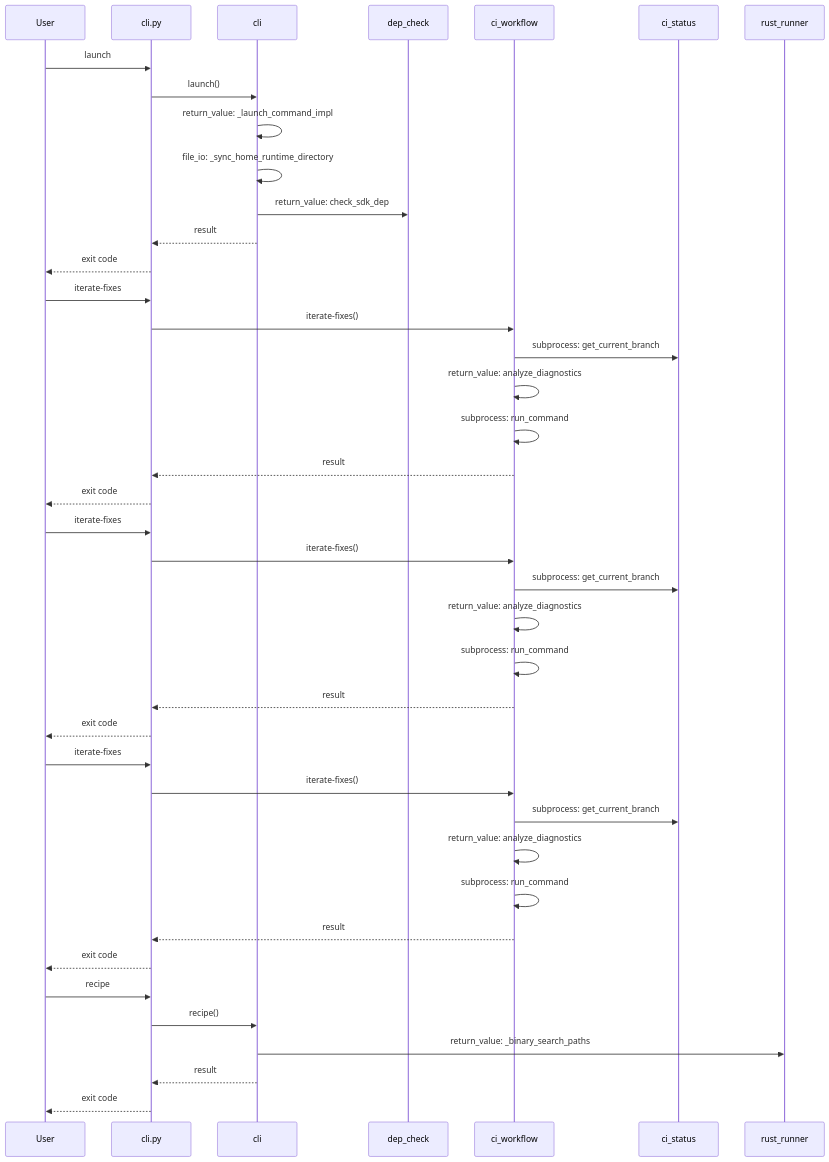
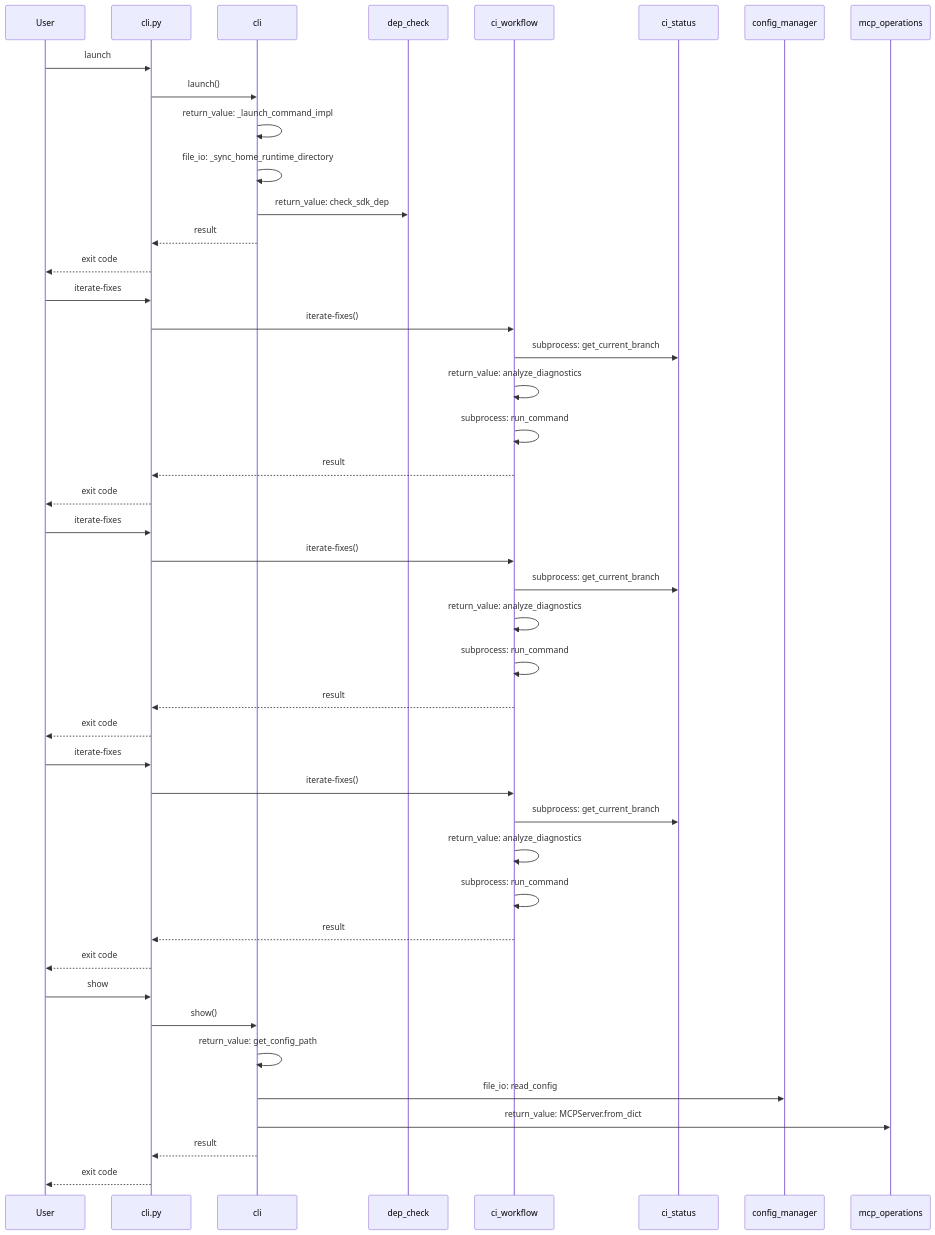
One commit to rysweet/amplihack changed the diagram in docs/atlas/user-journeys/user-journeys.mmd. Above: the diagram before and after it, drawn with Mermaid. The commit also changed 26 other files, not shown here.

```diff
--- a/docs/atlas/user-journeys/user-journeys.mmd
+++ b/docs/atlas/user-journeys/user-journeys.mmd
@@ -1,45 +1,48 @@
 sequenceDiagram
     participant User
     participant CLI as cli.py
     participant cli
     User->>CLI: launch
     CLI->>cli: launch()
     cli->>cli: return_value: _launch_command_impl
     cli->>cli: file_io: _sync_home_runtime_directory
     participant dep_check
     cli->>dep_check: return_value: check_sdk_dep
     cli-->>CLI: result
     CLI-->>User: exit code
 
     participant ci_workflow
     User->>CLI: iterate-fixes
     CLI->>ci_workflow: iterate-fixes()
     participant ci_status
     ci_workflow->>ci_status: subprocess: get_current_branch
     ci_workflow->>ci_workflow: return_value: analyze_diagnostics
     ci_workflow->>ci_workflow: subprocess: run_command
     ci_workflow-->>CLI: result
     CLI-->>User: exit code
 
     User->>CLI: iterate-fixes
     CLI->>ci_workflow: iterate-fixes()
     ci_workflow->>ci_status: subprocess: get_current_branch
     ci_workflow->>ci_workflow: return_value: analyze_diagnostics
     ci_workflow->>ci_workflow: subprocess: run_command
     ci_workflow-->>CLI: result
     CLI-->>User: exit code
 
     User->>CLI: iterate-fixes
     CLI->>ci_workflow: iterate-fixes()
     ci_workflow->>ci_status: subprocess: get_current_branch
     ci_workflow->>ci_workflow: return_value: analyze_diagnostics
     ci_workflow->>ci_workflow: subprocess: run_command
     ci_workflow-->>CLI: result
     CLI-->>User: exit code
 
-    User->>CLI: recipe
-    CLI->>cli: recipe()
-    participant rust_runner
-    cli->>rust_runner: return_value: _binary_search_paths
+    User->>CLI: show
+    CLI->>cli: show()
+    cli->>cli: return_value: get_config_path
+    participant config_manager
+    cli->>config_manager: file_io: read_config
+    participant mcp_operations
+    cli->>mcp_operations: return_value: MCPServer.from_dict
     cli-->>CLI: result
     CLI-->>User: exit code
```
